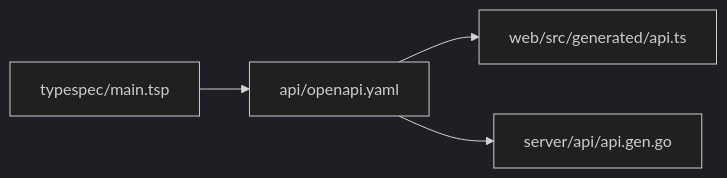
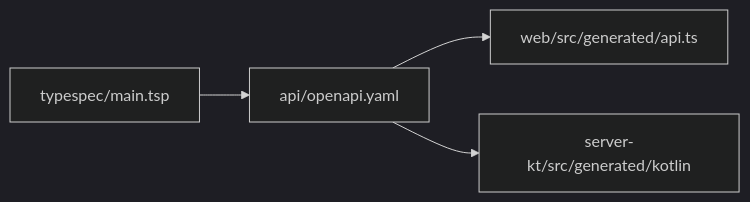
The diagram in README.md (Maru32768/NoodleMap), drawn with Mermaid (dark theme) before and after one commit. The commit also changed other lines of this file and 69 other files, not shown here.

````diff
--- a/README.md
+++ b/README.md
@@ -83,6 +83,6 @@
 ```mermaid
 flowchart LR
   tsp["typespec/main.tsp"] --> openapi["api/openapi.yaml"]
   openapi --> webtypes["web/src/generated/api.ts"]
-  openapi --> goapi["server/api/api.gen.go"]
+  openapi --> ktapi["server-kt/src/generated/kotlin"]
 ```
````
